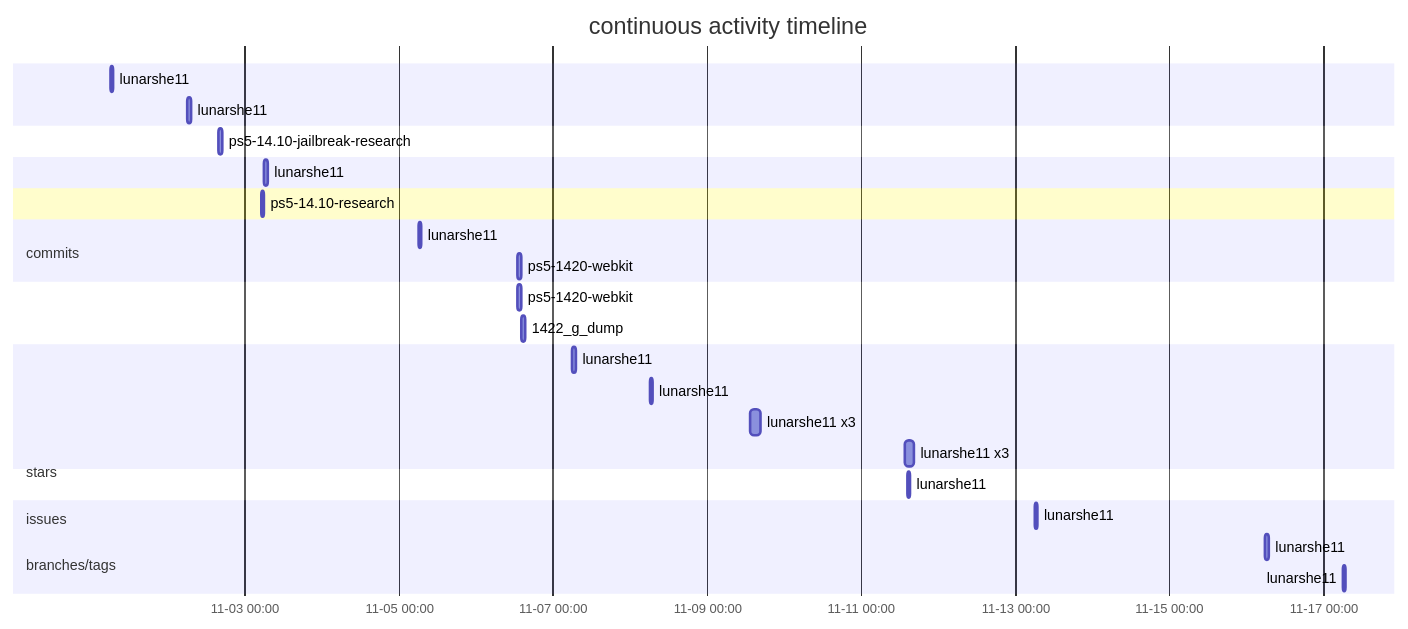
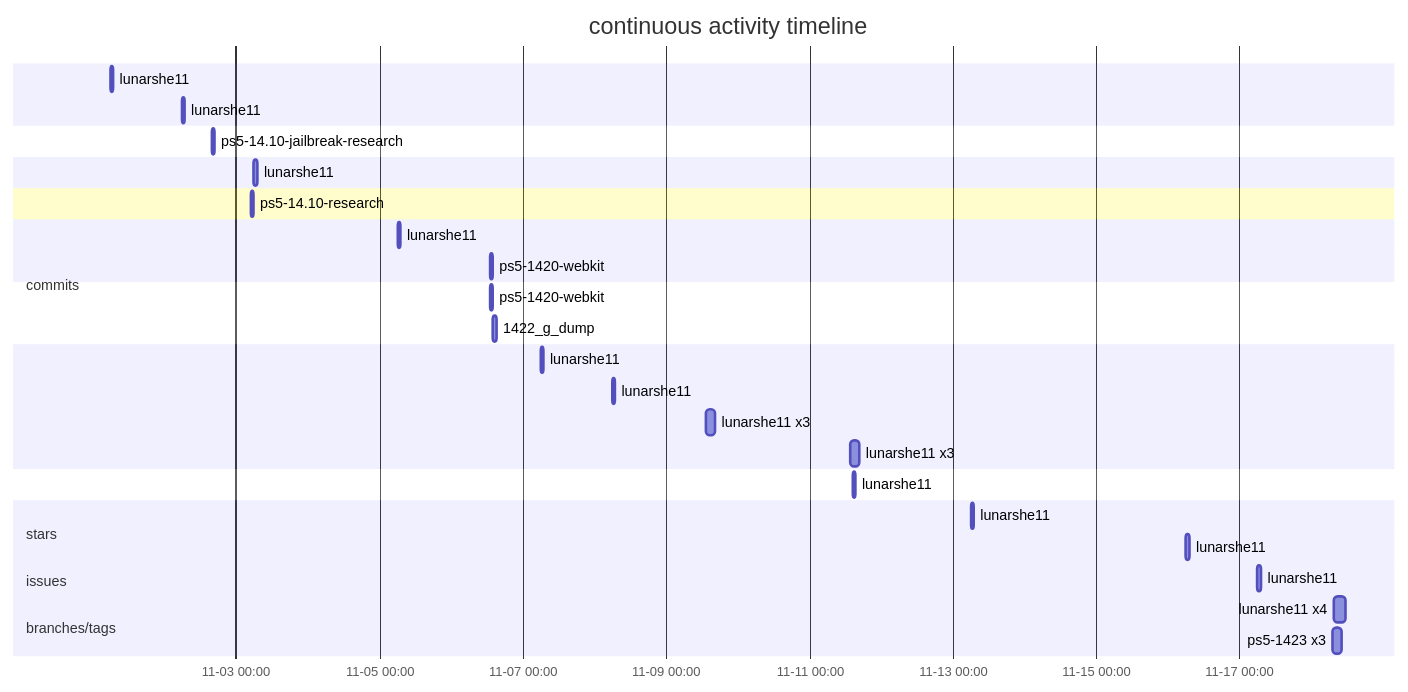
One commit to lunarshe11/lunarshe11 changed the first of 3 diagrams in README.md. Above: the diagram before and after it, drawn with Mermaid. The commit also changed other lines of this file, not shown here.

````diff
--- a/README.md
+++ b/README.md
@@ -13,32 +13,34 @@
 ```mermaid
 gantt
     title continuous activity timeline
     dateFormat  YYYY-MM-DD HH:mm
     axisFormat  %m-%d %H:%M
     section commits
         lunarshe11 :2026-11-01 06:05, 1h
         lunarshe11 :2026-11-02 06:05, 1h
     section stars
         ps5-14.10-jailbreak-research :2026-11-02 15:49, 1h
     section commits
         lunarshe11 :2026-11-03 06:05, 1h
     section issues
         ps5-14.10-research :2026-11-03 04:55, 1h
     section commits
         lunarshe11 :2026-11-05 06:05, 1h
         ps5-1420-webkit :2026-11-06 13:07, 1h
     section branches/tags
         ps5-1420-webkit :2026-11-06 12:59, 1h
         1422_g_dump :2026-11-06 14:11, 1h
     section commits
         lunarshe11 :2026-11-07 06:05, 1h
         lunarshe11 :2026-11-08 06:05, 1h
         lunarshe11 x3 :2026-11-09 13:33, 3h
         lunarshe11 x3 :2026-11-11 13:37, 3h
     section stars
         lunarshe11 :2026-11-11 14:30, 1h
     section commits
         lunarshe11 :2026-11-13 06:05, 1h
         lunarshe11 :2026-11-16 06:05, 1h
         lunarshe11 :2026-11-17 06:05, 1h
+        lunarshe11 x4 :2026-11-18 07:30, 4h
+        ps5-1423 x3 :2026-11-18 07:08, 3h
 ```
````
